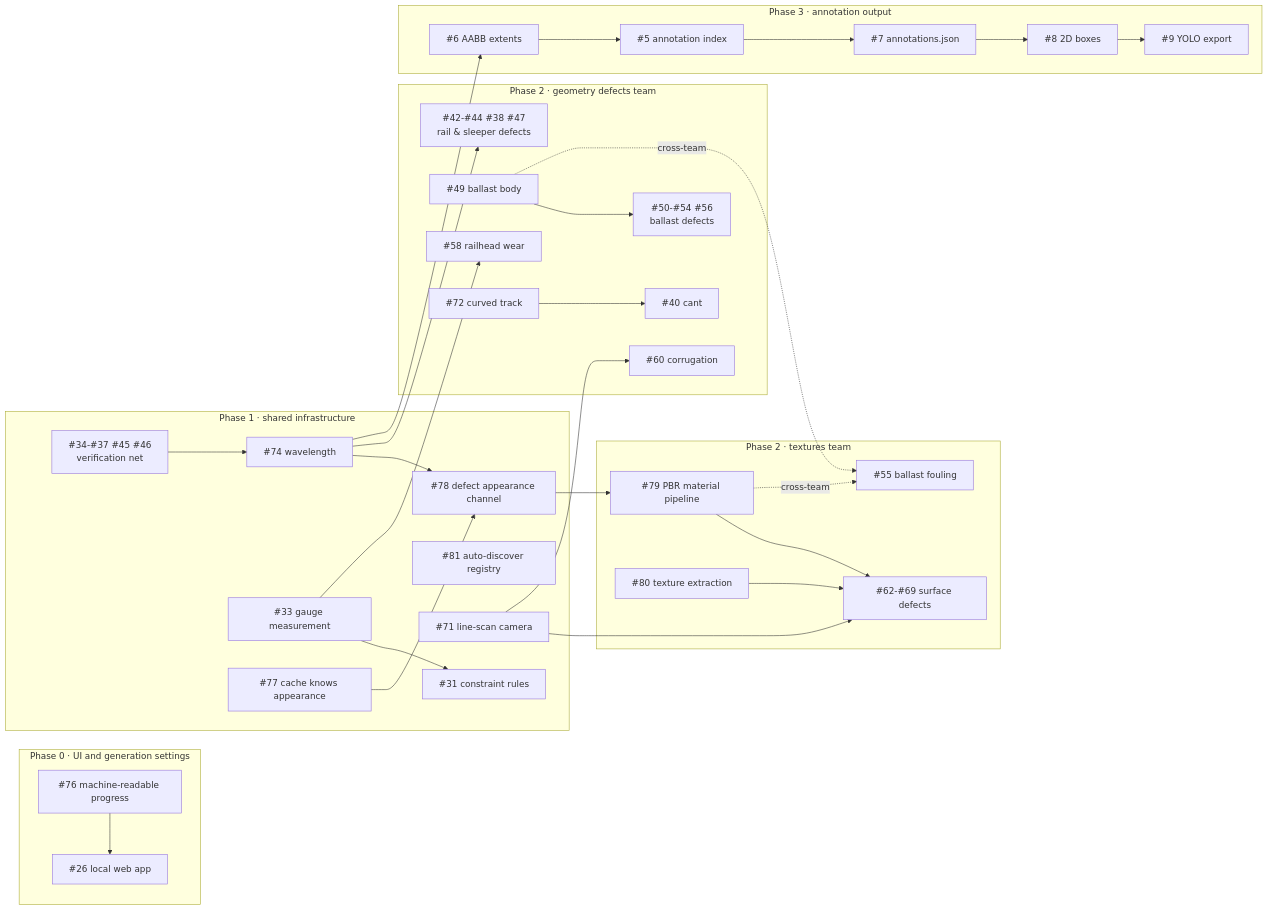
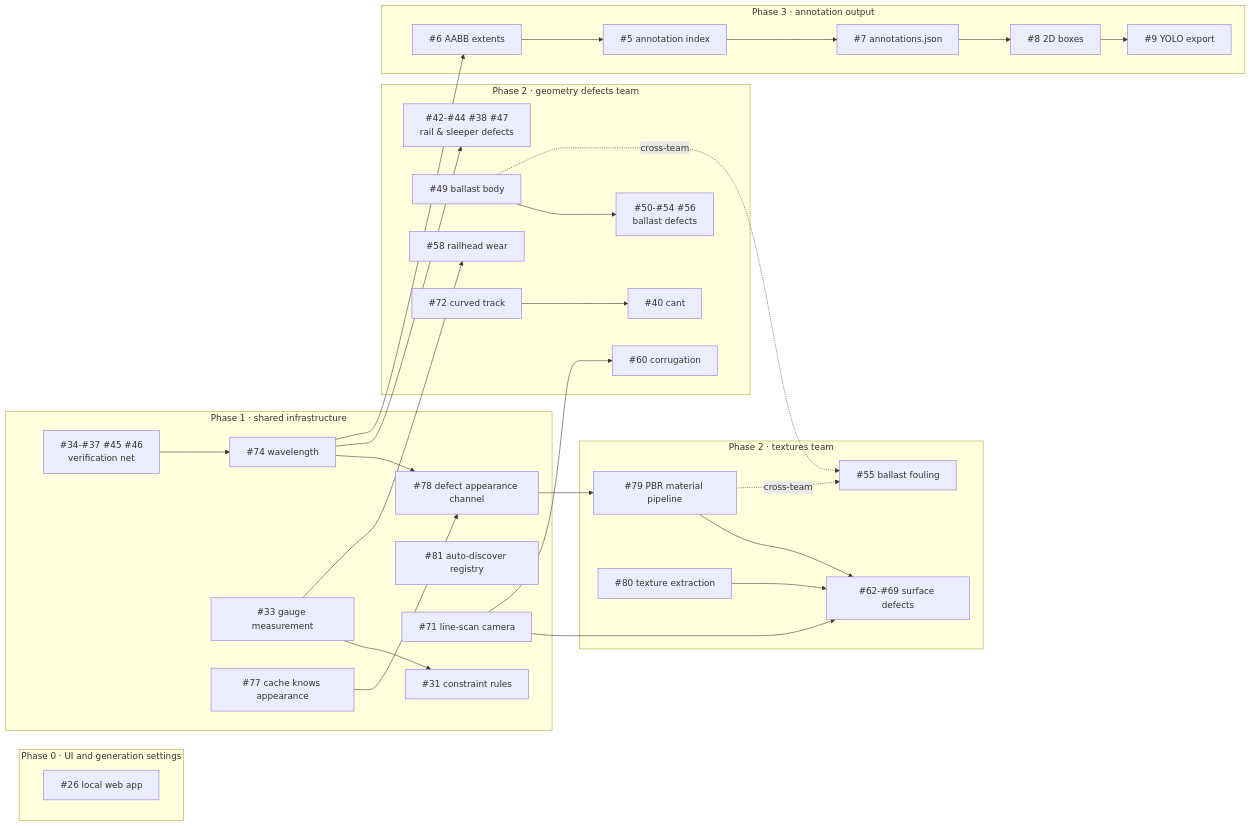
One commit to ikostis-ucl/rail_defect_sim changed the diagram in ROADMAP.md. Above: the diagram before and after it, drawn with Mermaid. The commit also changed other lines of this file, not shown here.

````diff
--- a/ROADMAP.md
+++ b/ROADMAP.md
@@ -42,65 +42,63 @@
 ```mermaid
 graph LR
   subgraph P0["Phase 0 · UI and generation settings"]
-    I76["#76 machine-readable progress"]
     I26["#26 local web app"]
   end
 
   subgraph P1["Phase 1 · shared infrastructure"]
     VER["#34-#37 #45 #46<br>verification net"]
     I74["#74 wavelength"]
     I33["#33 gauge measurement"]
     I77["#77 cache knows appearance"]
     I78["#78 defect appearance channel"]
     I81["#81 auto-discover registry"]
     I71["#71 line-scan camera"]
     I31["#31 constraint rules"]
   end
 
   subgraph P2T["Phase 2 · textures team"]
     I79["#79 PBR material pipeline"]
     I80["#80 texture extraction"]
     GE["#62-#69 surface defects"]
     I55["#55 ballast fouling"]
   end
 
   subgraph P2G["Phase 2 · geometry defects team"]
     NEWD["#42-#44 #38 #47<br>rail &amp; sleeper defects"]
     I49["#49 ballast body"]
     GC["#50-#54 #56<br>ballast defects"]
     I58["#58 railhead wear"]
     I72["#72 curved track"]
     I40["#40 cant"]
     I60["#60 corrugation"]
   end
 
   subgraph P3["Phase 3 · annotation output"]
     I6["#6 AABB extents"]
     I5["#5 annotation index"]
     I7["#7 annotations.json"]
     I8["#8 2D boxes"]
     I9["#9 YOLO export"]
   end
 
-  I76 --> I26
   VER --> I74
   I33 --> I31
   I74 --> I78
   I77 --> I78
   I74 --> NEWD
   I78 --> I79
   I79 --> GE
   I80 --> GE
   I71 --> GE
   I71 --> I60
   I33 --> I58
   I49 --> GC
   I72 --> I40
   I74 --> I6
   I6 --> I5
   I5 --> I7
   I7 --> I8
   I8 --> I9
   I49 -.->|cross-team| I55
   I79 -.->|cross-team| I55
 ```
````
